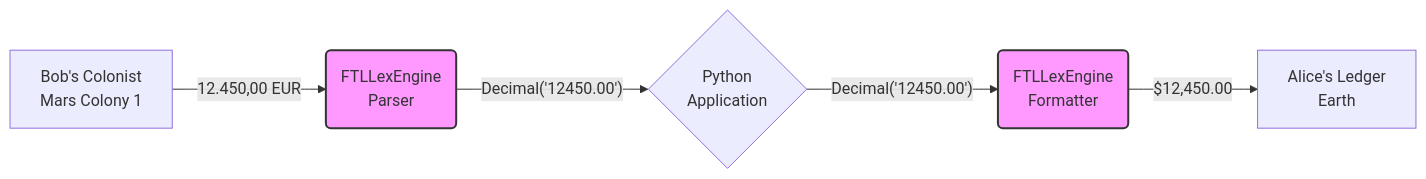
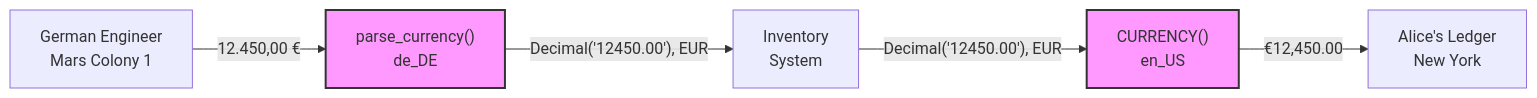
Before and after one commit to resoltico/FTLLexEngine: the diagram in README.md, drawn with Mermaid. The commit also changed other lines of this file and 55 other files, not shown here.

````diff
--- a/README.md
+++ b/README.md
@@ -72,10 +228,10 @@
 ```mermaid
 flowchart LR
-    A[Bob's Colonist<br/>Mars Colony 1] -- "12.450,00 EUR" --> B(FTLLexEngine<br/>Parser)
-    B -- "Decimal('12450.00')" --> C{Python<br/>Application}
-    C -- "Decimal('12450.00')" --> D(FTLLexEngine<br/>Formatter)
-    D -- "$12,450.00" --> E[Alice's Ledger<br/>Earth]
+    A["German Engineer<br/>Mars Colony 1"] -- "12.450,00 €" --> B["parse_currency()<br/>de_DE"]
+    B -- "Decimal('12450.00'), EUR" --> C["Inventory<br/>System"]
+    C -- "Decimal('12450.00'), EUR" --> D["CURRENCY()<br/>en_US"]
+    D -- "€12,450.00" --> E["Alice's Ledger<br/>New York"]
 
     style B fill:#f9f,stroke:#333,stroke-width:2px
     style D fill:#f9f,stroke:#333,stroke-width:2px
 ```
````
